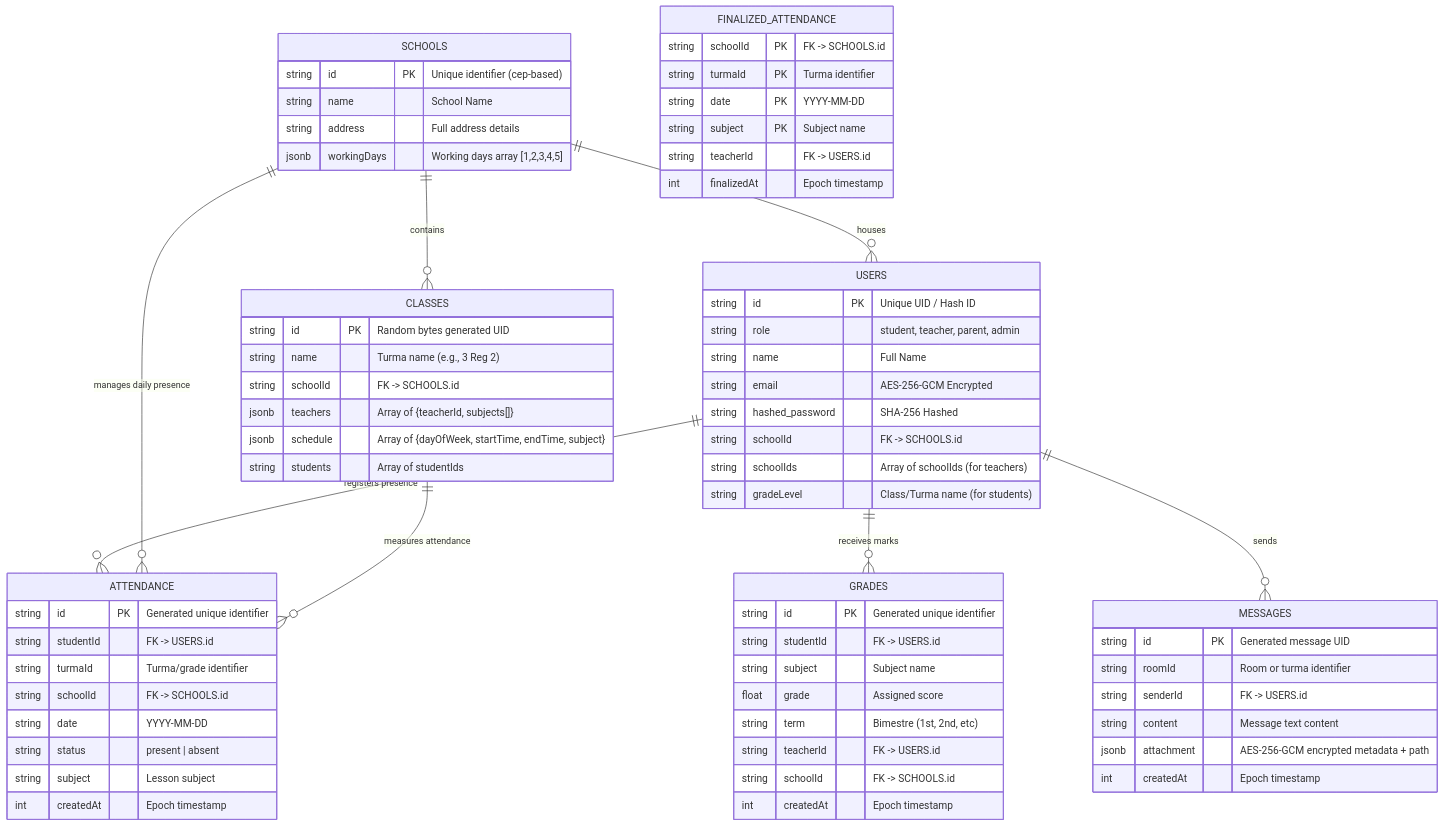
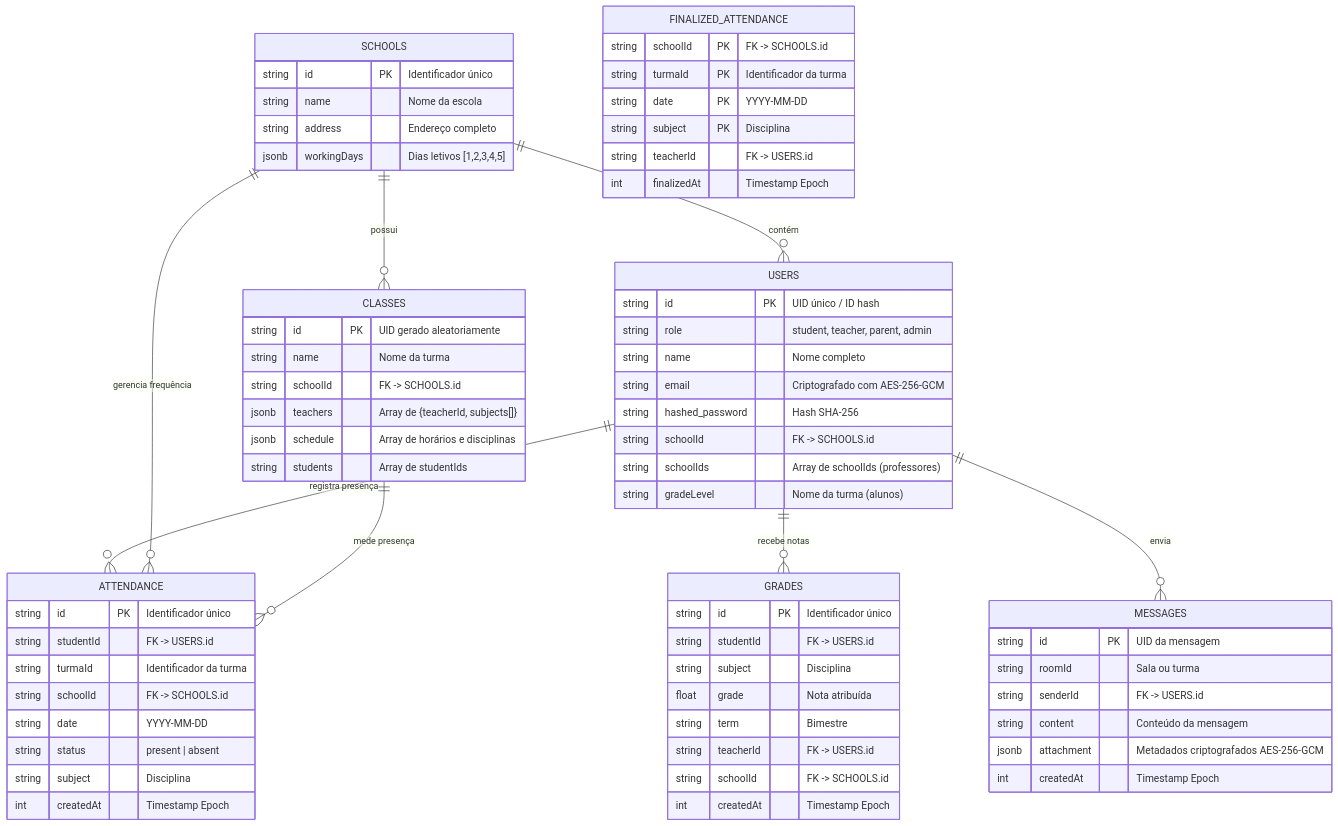
The fourth of 6 diagrams in README.md (EduTok/map), drawn with Mermaid before and after one commit. The commit also changed other lines of this file, not shown here.

````diff
--- a/README.md
+++ b/README.md
@@ -143,71 +147,77 @@
 ```mermaid
 erDiagram
     USERS {
-        string id PK "Unique UID / Hash ID"
+        string id PK "UID único / ID hash"
         string role "student, teacher, parent, admin"
-        string name "Full Name"
-        string email "AES-256-GCM Encrypted"
-        string hashed_password "SHA-256 Hashed"
+        string name "Nome completo"
+        string email "Criptografado com AES-256-GCM"
+        string hashed_password "Hash SHA-256"
         string schoolId "FK -> SCHOOLS.id"
-        string schoolIds "Array of schoolIds (for teachers)"
-        string gradeLevel "Class/Turma name (for students)"
+        string schoolIds "Array de schoolIds (professores)"
+        string gradeLevel "Nome da turma (alunos)"
     }
+
     SCHOOLS {
-        string id PK "Unique identifier (cep-based)"
-        string name "School Name"
-        string address "Full address details"
-        jsonb workingDays "Working days array [1,2,3,4,5]"
+        string id PK "Identificador único"
+        string name "Nome da escola"
+        string address "Endereço completo"
+        jsonb workingDays "Dias letivos [1,2,3,4,5]"
     }
+
     CLASSES {
-        string id PK "Random bytes generated UID"
-        string name "Turma name (e.g., 3 Reg 2)"
+        string id PK "UID gerado aleatoriamente"
+        string name "Nome da turma"
         string schoolId "FK -> SCHOOLS.id"
-        jsonb teachers "Array of {teacherId, subjects[]}"
-        jsonb schedule "Array of {dayOfWeek, startTime, endTime, subject}"
-        string students "Array of studentIds"
+        jsonb teachers "Array de {teacherId, subjects[]}"
+        jsonb schedule "Array de horários e disciplinas"
+        string students "Array de studentIds"
     }
+
     ATTENDANCE {
-        string id PK "Generated unique identifier"
+        string id PK "Identificador único"
         string studentId "FK -> USERS.id"
-        string turmaId "Turma/grade identifier"
+        string turmaId "Identificador da turma"
         string schoolId "FK -> SCHOOLS.id"
         string date "YYYY-MM-DD"
         string status "present | absent"
-        string subject "Lesson subject"
-        int createdAt "Epoch timestamp"
+        string subject "Disciplina"
+        int createdAt "Timestamp Epoch"
     }
+
     FINALIZED_ATTENDANCE {
         string schoolId PK "FK -> SCHOOLS.id"
-        string turmaId PK "Turma identifier"
+        string turmaId PK "Identificador da turma"
         string date PK "YYYY-MM-DD"
-        string subject PK "Subject name"
+        string subject PK "Disciplina"
         string teacherId "FK -> USERS.id"
-        int finalizedAt "Epoch timestamp"
+        int finalizedAt "Timestamp Epoch"
     }
+
     GRADES {
-        string id PK "Generated unique identifier"
+        string id PK "Identificador único"
         string studentId "FK -> USERS.id"
-        string subject "Subject name"
-        float grade "Assigned score"
-        string term "Bimestre (1st, 2nd, etc)"
+        string subject "Disciplina"
+        float grade "Nota atribuída"
+        string term "Bimestre"
         string teacherId "FK -> USERS.id"
         string schoolId "FK -> SCHOOLS.id"
-        int createdAt "Epoch timestamp"
-    }
-    MESSAGES {
-        string id PK "Generated message UID"
-        string roomId "Room or turma identifier"
-        string senderId "FK -> USERS.id"
-        string content "Message text content"
-        jsonb attachment "AES-256-GCM encrypted metadata + path"
-        int createdAt "Epoch timestamp"
+        int createdAt "Timestamp Epoch"
     }
 
-    SCHOOLS ||--o{ USERS : "houses"
-    SCHOOLS ||--o{ CLASSES : "contains"
-    USERS ||--o{ ATTENDANCE : "registers presence"
-    SCHOOLS ||--o{ ATTENDANCE : "manages daily presence"
-    CLASSES ||--o{ ATTENDANCE : "measures attendance"
-    USERS ||--o{ GRADES : "receives marks"
-    USERS ||--o{ MESSAGES : "sends"
+    MESSAGES {
+        string id PK "UID da mensagem"
+        string roomId "Sala ou turma"
+        string senderId "FK -> USERS.id"
+        string content "Conteúdo da mensagem"
+        jsonb attachment "Metadados criptografados AES-256-GCM"
+        int createdAt "Timestamp Epoch"
+    }
+
+    SCHOOLS ||--o{ USERS : "contém"
+    SCHOOLS ||--o{ CLASSES : "possui"
+    USERS ||--o{ ATTENDANCE : "registra presença"
+    SCHOOLS ||--o{ ATTENDANCE : "gerencia frequência"
+    CLASSES ||--o{ ATTENDANCE : "mede presença"
+    USERS ||--o{ GRADES : "recebe notas"
+    USERS ||--o{ MESSAGES : "envia"
 ```
````
